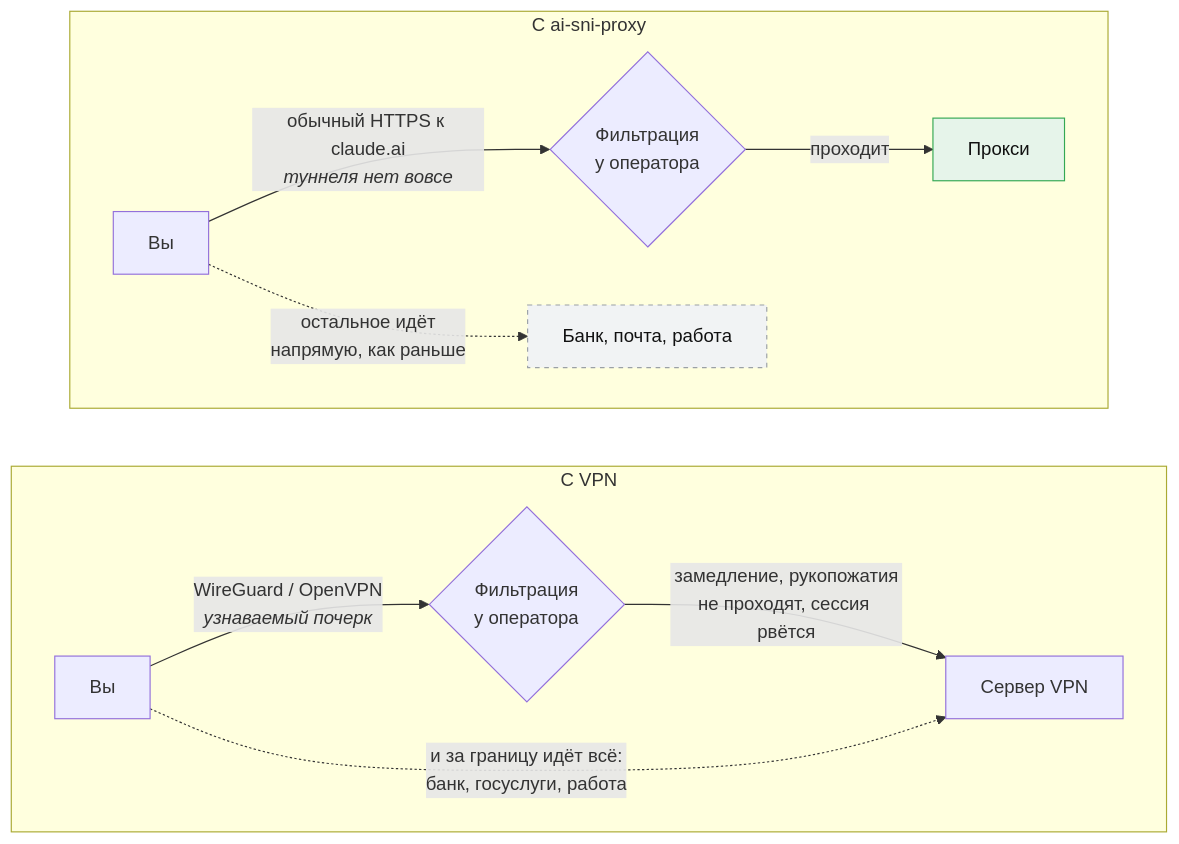
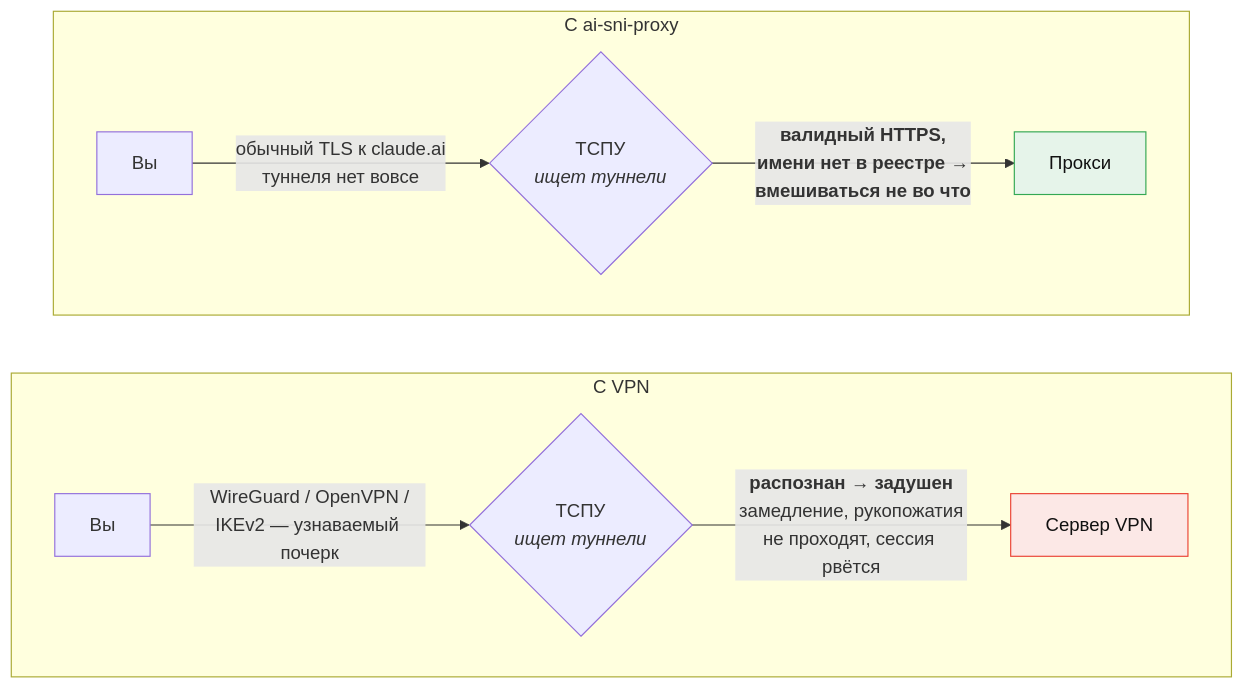
The second of 4 diagrams in README.md (SteepMans/ai-sni-proxy), drawn with Mermaid before and after one commit. The commit also changed other lines of this file and 1 other file, not shown here.

Commit message:
Sharpen the VPN comparison: the tunnel itself is what gets suppressed

````diff
--- a/README.md
+++ b/README.md
@@ -57,19 +58,17 @@
 ```mermaid
 flowchart LR
     subgraph V["С VPN"]
         direction LR
-        U1["Вы"] -->|"WireGuard / OpenVPN<br/><i>узнаваемый почерк</i>"| T1{"Фильтрация<br/>у оператора"}
-        T1 -->|"замедление, рукопожатия<br/>не проходят, сессия рвётся"| S1["Сервер VPN"]
-        U1 -.->|"и за границу идёт всё:<br/>банк, госуслуги, работа"| S1
+        U1["Вы"] -->|"WireGuard / OpenVPN /<br/>IKEv2 — узнаваемый почерк"| T1{"ТСПУ<br/><i>ищет туннели</i>"}
+        T1 -->|"<b>распознан → задушен</b><br/>замедление, рукопожатия<br/>не проходят, сессия рвётся"| S1["Сервер VPN"]
     end
 
     subgraph D["С ai-sni-proxy"]
         direction LR
-        U2["Вы"] -->|"обычный HTTPS к claude.ai<br/><i>туннеля нет вовсе</i>"| T2{"Фильтрация<br/>у оператора"}
-        T2 -->|"проходит"| S2["Прокси"]
-        U2 -.->|"остальное идёт<br/>напрямую, как раньше"| O2["Банк, почта, работа"]
+        U2["Вы"] -->|"обычный TLS к claude.ai<br/>туннеля нет вовсе"| T2{"ТСПУ<br/><i>ищет туннели</i>"}
+        T2 -->|"<b>валидный HTTPS,<br/>имени нет в реестре →<br/>вмешиваться не во что</b>"| S2["Прокси"]
     end
 
+    style S1 fill:#fce8e6,stroke:#ea4335,color:#111
     style S2 fill:#e6f4ea,stroke:#34a853,color:#111
-    style O2 fill:#f1f3f4,stroke:#9aa0a6,color:#111,stroke-dasharray: 4 4
 ```
````
